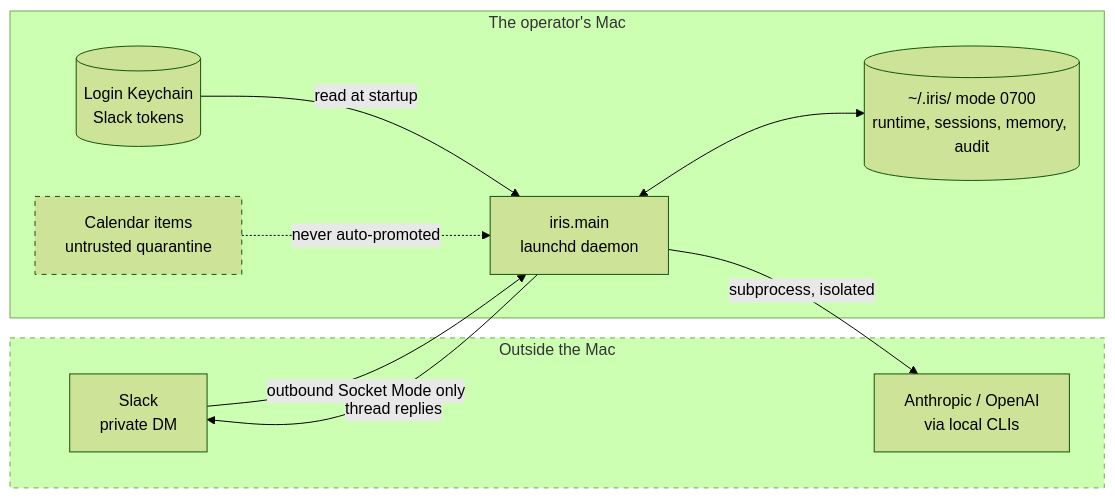
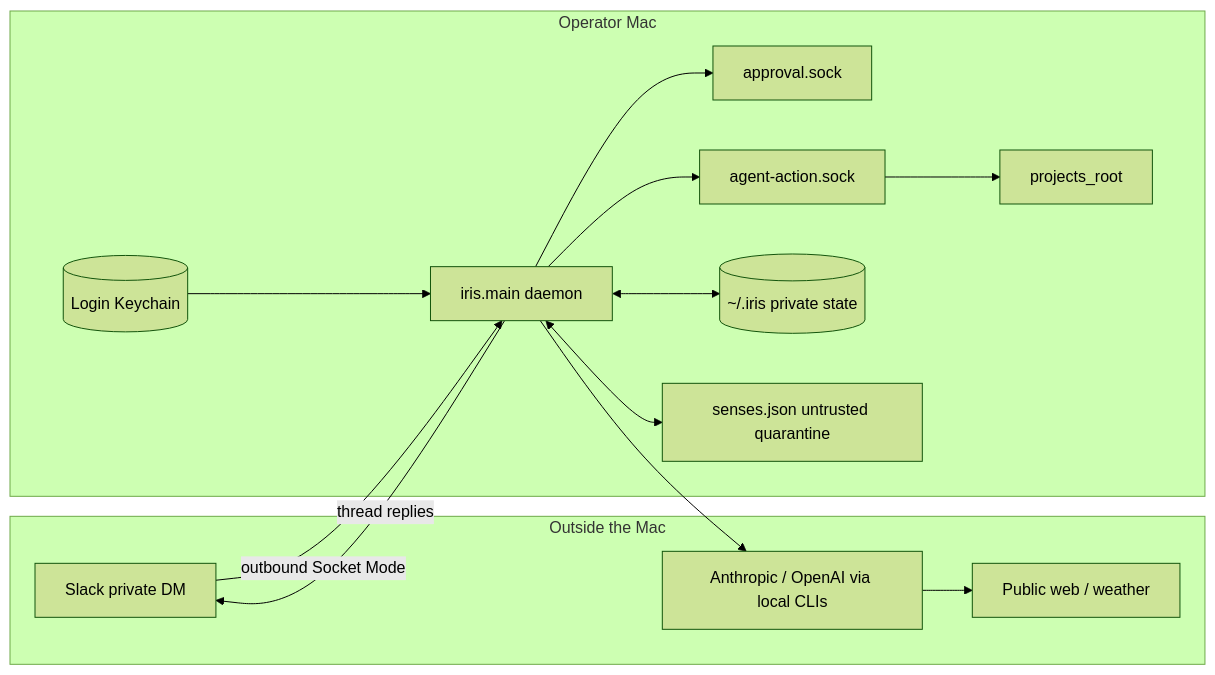
One commit to randyren278/iris changed the first of 4 diagrams in docs/ARCHITECTURE.md. Above: the diagram before and after it, drawn with Mermaid (forest theme). The commit also changed other lines of this file, not shown here.

````diff
--- a/docs/ARCHITECTURE.md
+++ b/docs/ARCHITECTURE.md
@@ -12,24 +14,29 @@
 ```mermaid
 flowchart LR
     subgraph external["Outside the Mac"]
-        slack["Slack<br/>private DM"]
-        api["Anthropic / OpenAI<br/>via local CLIs"]
+        slack["Slack private DM"]
+        models["Anthropic / OpenAI via local CLIs"]
+        web["Public web / weather"]
     end
 
-    subgraph local["The operator's Mac"]
-        keychain[("Login Keychain<br/>Slack tokens")]
-        daemon["iris.main<br/>launchd daemon"]
-        state[("~/.iris/ mode 0700<br/>runtime, sessions, memory, audit")]
-        quarantine["Calendar items<br/>untrusted quarantine"]
+    subgraph local["Operator Mac"]
+        keychain[("Login Keychain")]
+        daemon["iris.main daemon"]
+        approval["approval.sock"]
+        actions["agent-action.sock"]
+        state[("~/.iris private state")]
+        quarantine["senses.json untrusted quarantine"]
+        projects["projects_root"]
     end
 
-    slack -- "outbound Socket Mode only" --> daemon
-    keychain -- "read at startup" --> daemon
+    slack -- "outbound Socket Mode" --> daemon
+    keychain --> daemon
+    daemon --> models
+    models --> web
+    daemon <--> state
+    daemon <--> quarantine
+    daemon --> approval
+    daemon --> actions
+    actions --> projects
     daemon -- "thread replies" --> slack
-    daemon -- "subprocess, isolated" --> api
-    daemon <--> state
-    quarantine -. "never auto-promoted" .-> daemon
-
-    classDef untrusted stroke-dasharray: 5 5
-    class external,quarantine untrusted
 ```
````
